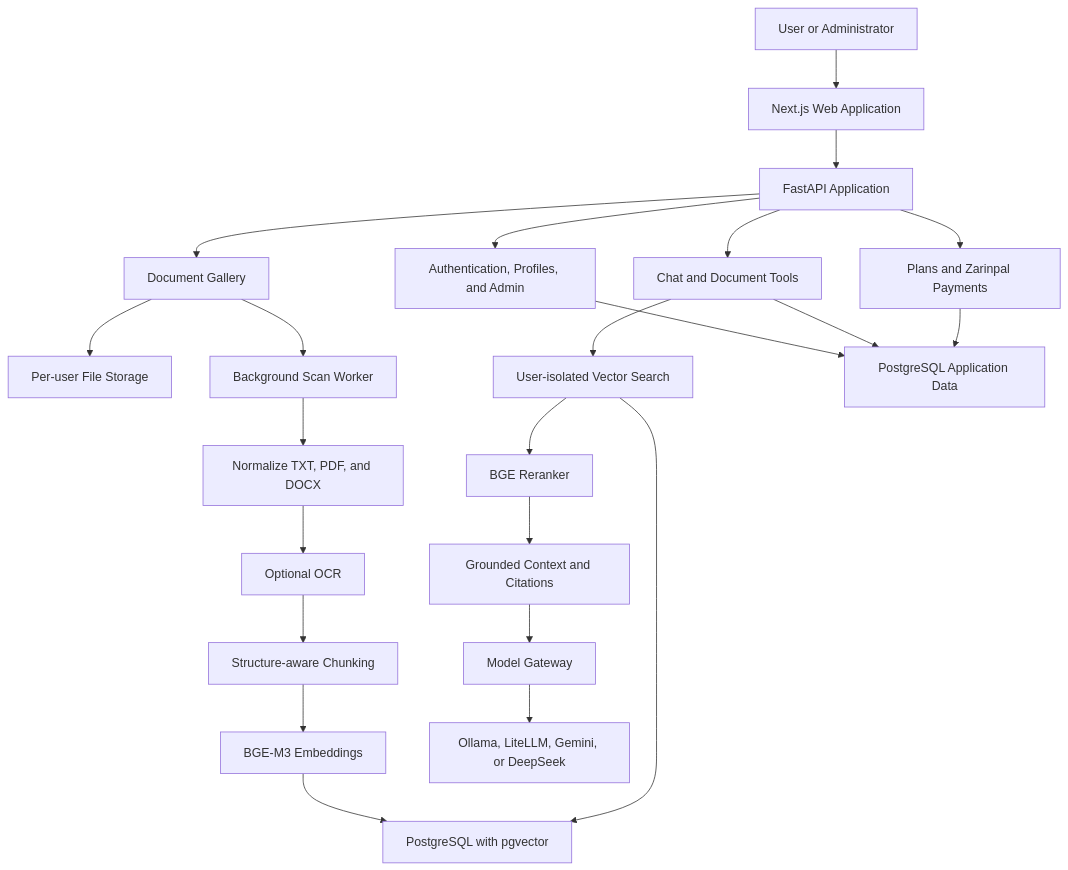
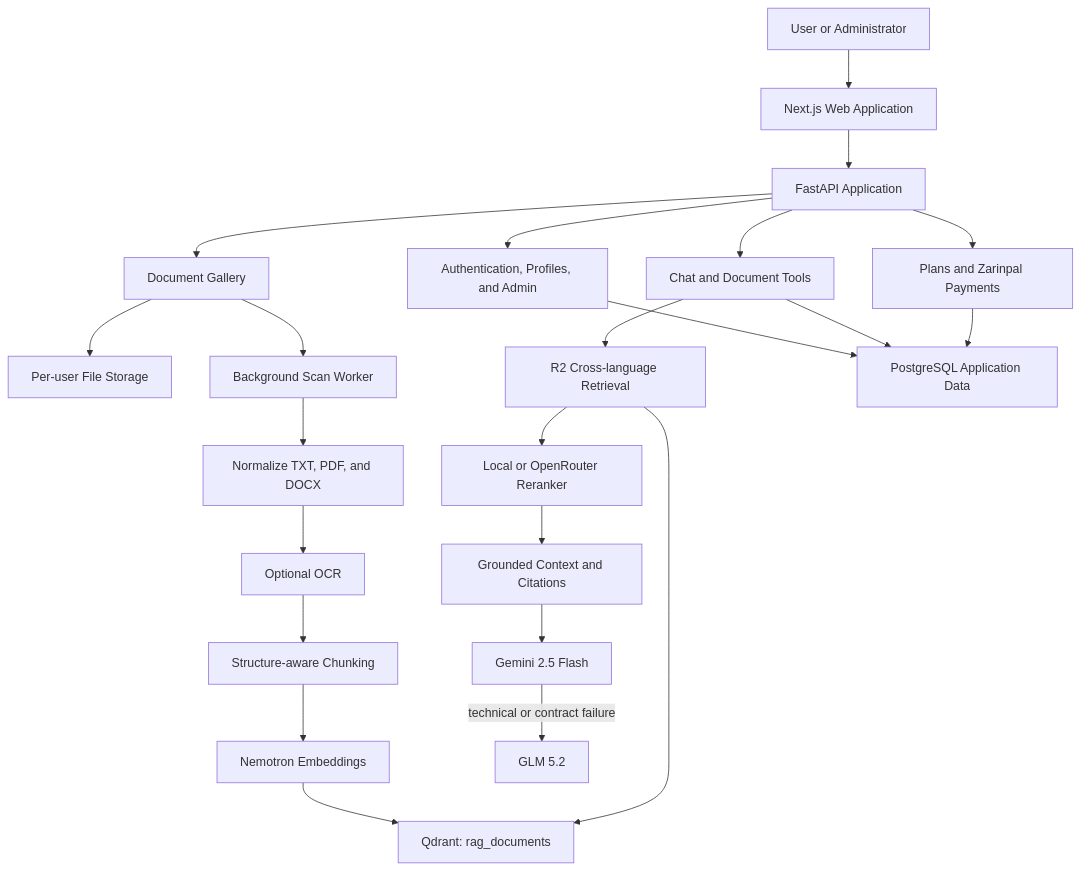
One commit to MrAshki/rag-system changed the diagram in README.md. Above: the diagram before and after it, drawn with Mermaid. The commit also changed other lines of this file and 10 other files, not shown here.

Commit message:
docs: document production RAG and add local runners

````diff
--- a/README.md
+++ b/README.md
@@ -27,29 +27,29 @@
 ```mermaid
 flowchart TB
     User["User or Administrator"] --> Web["Next.js Web Application"]
     Web --> API["FastAPI Application"]
 
     API --> Accounts["Authentication, Profiles, and Admin"]
     API --> Chat["Chat and Document Tools"]
     API --> Gallery["Document Gallery"]
     API --> Payments["Plans and Zarinpal Payments"]
 
     Gallery --> Storage["Per-user File Storage"]
     Gallery --> Worker["Background Scan Worker"]
     Worker --> Normalize["Normalize TXT, PDF, and DOCX"]
     Normalize --> OCR["Optional OCR"]
     OCR --> Chunk["Structure-aware Chunking"]
-    Chunk --> Embed["BGE-M3 Embeddings"]
-    Embed --> VectorDB["PostgreSQL with pgvector"]
+    Chunk --> Embed["Nemotron Embeddings"]
+    Embed --> VectorDB["Qdrant: rag_documents"]
 
-    Chat --> Search["User-isolated Vector Search"]
+    Chat --> Search["R2 Cross-language Retrieval"]
     Search --> VectorDB
-    Search --> Rerank["BGE Reranker"]
+    Search --> Rerank["Local or OpenRouter Reranker"]
     Rerank --> Context["Grounded Context and Citations"]
-    Context --> Gateway["Model Gateway"]
-    Gateway --> Models["Ollama, LiteLLM, Gemini, or DeepSeek"]
+    Context --> Primary["Gemini 2.5 Flash"]
+    Primary -->|technical or contract failure| Fallback["GLM 5.2"]
 
     Accounts --> Database["PostgreSQL Application Data"]
     Chat --> Database
     Payments --> Database
 ```
````
